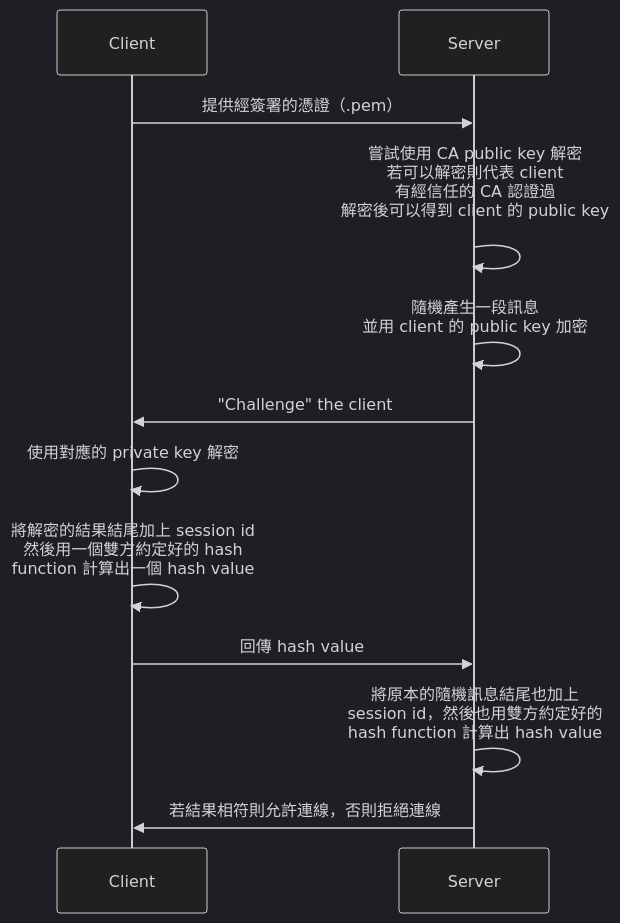
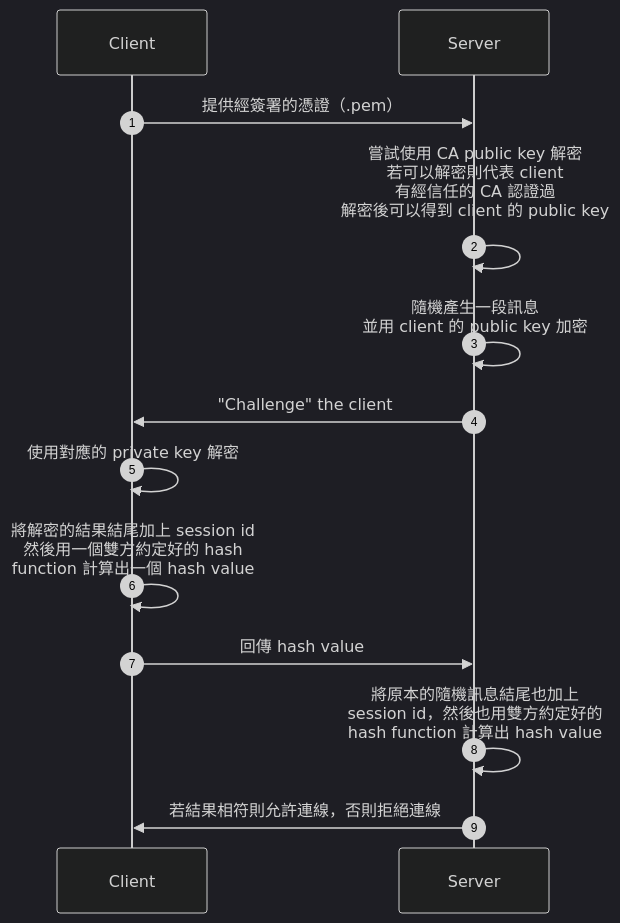
One commit to bingyangchen/KM-software changed the seventh of 7 diagrams in Network/SSH 基本概念.md. Above: the diagram before and after it, drawn with Mermaid (dark theme). The commit also changed other lines of this file and 11 other files, not shown here.

````diff
--- a/Network/SSH 基本概念.md
+++ b/Network/SSH 基本概念.md
@@ -147,12 +152,13 @@
     ```mermaid
     sequenceDiagram
+        autonumber
         Client->>Server: 提供經簽署的憑證（.pem）
         Server->>Server: 嘗試使用 CA public key 解密<br/>若可以解密則代表 client<br/>有經信任的 CA 認證過<br/>解密後可以得到 client 的 public key<br/>
         Server->>Server: 隨機產生一段訊息<br/>並用 client 的 public key 加密
         Server->>Client: "Challenge" the client
         Client->>Client: 使用對應的 private key 解密
         Client->>Client: 將解密的結果結尾加上 session id<br/>然後用一個雙方約定好的 hash<br/>function 計算出一個 hash value
         Client->>Server: 回傳 hash value
         Server->>Server: 將原本的隨機訊息結尾也加上<br/>session id，然後也用雙方約定好的<br/>hash function 計算出 hash value
         Server->>Client: 若結果相符則允許連線，否則拒絕連線
     ```
````
